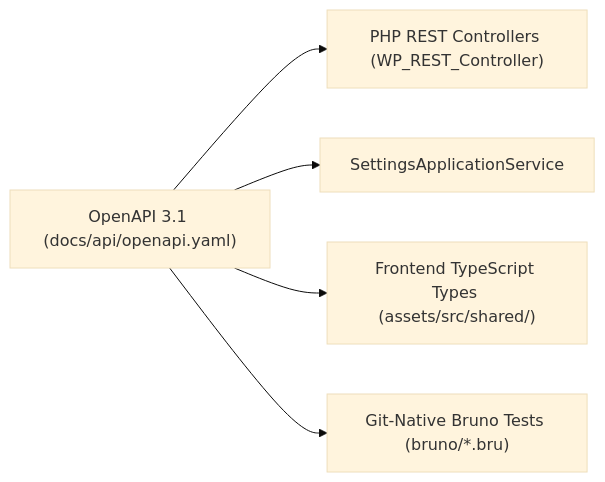
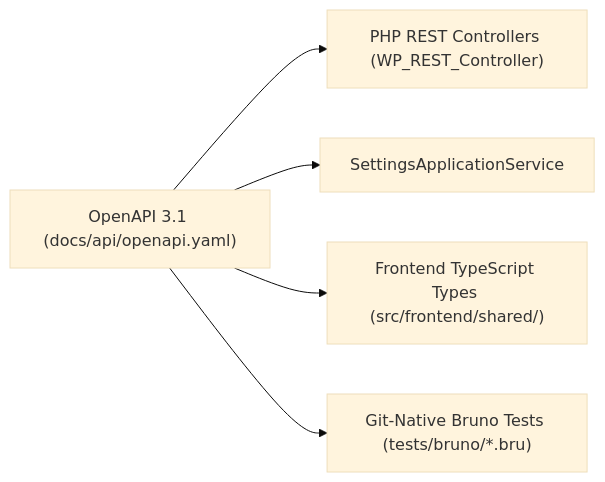
Before and after one commit to blackandcode/ai-ready-wp-plugin-boilerplate: the diagram in docs/feature-development/rest-api-and-contracts.md, drawn with Mermaid (base theme). The commit also changed other lines of this file and 265 other files, not shown here.

````diff
--- a/docs/feature-development/rest-api-and-contracts.md
+++ b/docs/feature-development/rest-api-and-contracts.md
@@ -11,7 +11,7 @@
 ```mermaid
 flowchart LR
     Spec["OpenAPI 3.1 (docs/api/openapi.yaml)"] --> Backend["PHP REST Controllers (WP_REST_Controller)"]
     Spec --> AppService["SettingsApplicationService"]
-    Spec --> Frontend["Frontend TypeScript Types (assets/src/shared/)"]
-    Spec --> BrunoTests["Git-Native Bruno Tests (bruno/*.bru)"]
+    Spec --> Frontend["Frontend TypeScript Types (src/frontend/shared/)"]
+    Spec --> BrunoTests["Git-Native Bruno Tests (tests/bruno/*.bru)"]
 ```
````
